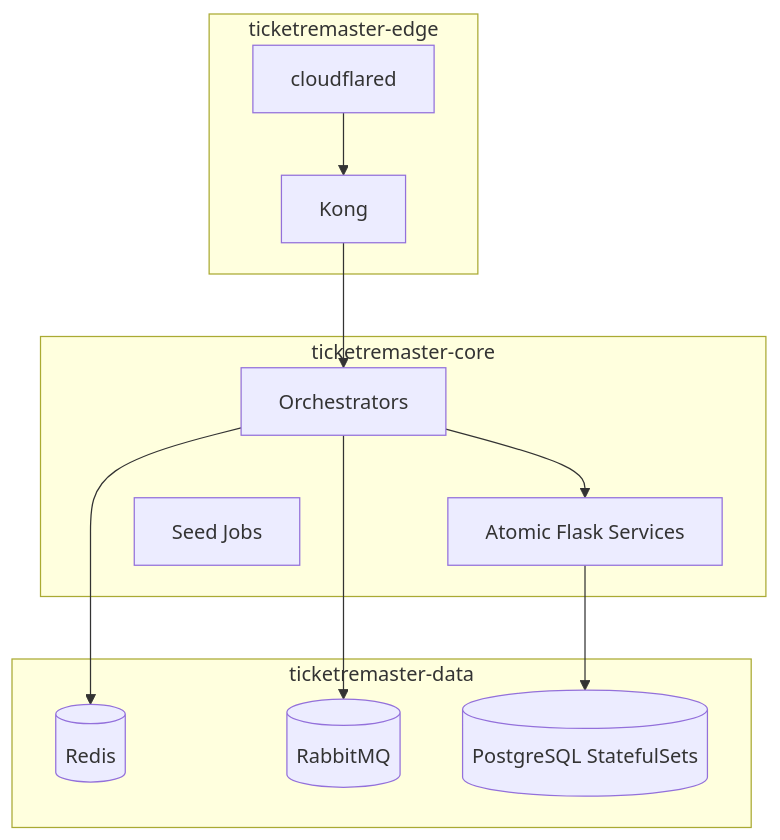
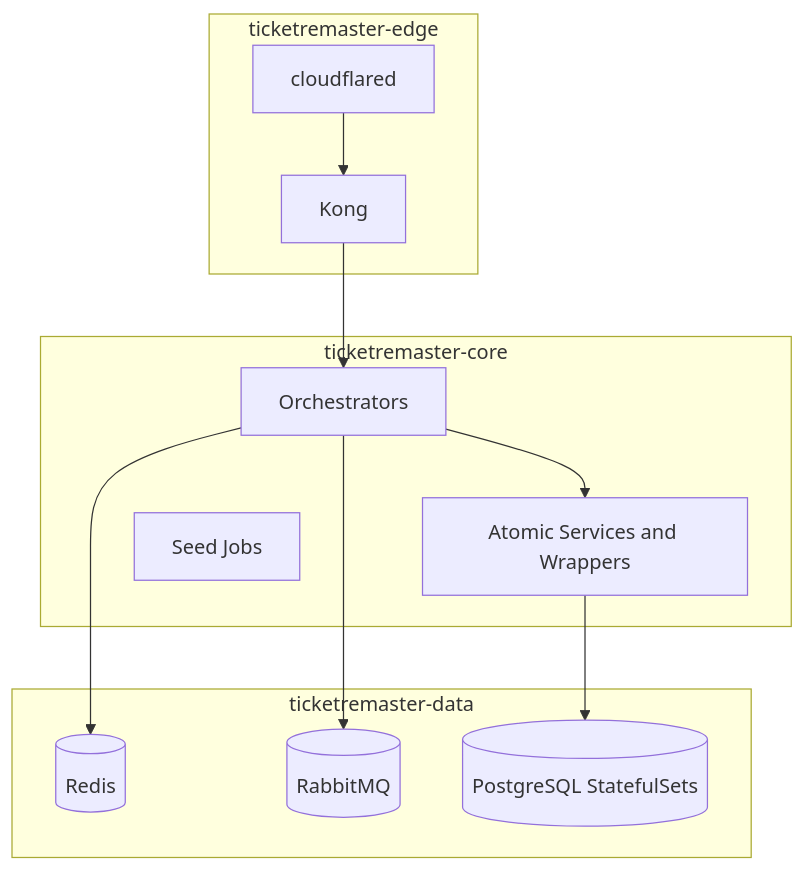
Before and after one commit to bryanseah234/ticketremaster-b: the second of 2 diagrams in README.md, drawn with Mermaid. The commit also changed other lines of this file and 18 other files, not shown here.

````diff
--- a/README.md
+++ b/README.md
@@ -83,26 +125,26 @@
 ```mermaid
 flowchart TB
     subgraph Edge[ticketremaster-edge]
-        CF2[cloudflared]
+        Tunnel2[cloudflared]
         Kong2[Kong]
     end
 
     subgraph Core[ticketremaster-core]
         Orch[Orchestrators]
-        Svc[Atomic Flask Services]
+        Atomic[Atomic Services and Wrappers]
         Jobs[Seed Jobs]
     end
 
     subgraph Data[ticketremaster-data]
         Redis2[(Redis)]
         Rabbit2[(RabbitMQ)]
         PG[(PostgreSQL StatefulSets)]
     end
 
-    CF2 --> Kong2
+    Tunnel2 --> Kong2
     Kong2 --> Orch
-    Orch --> Svc
+    Orch --> Atomic
     Orch --> Redis2
     Orch --> Rabbit2
-    Svc --> PG
+    Atomic --> PG
 ```
````
